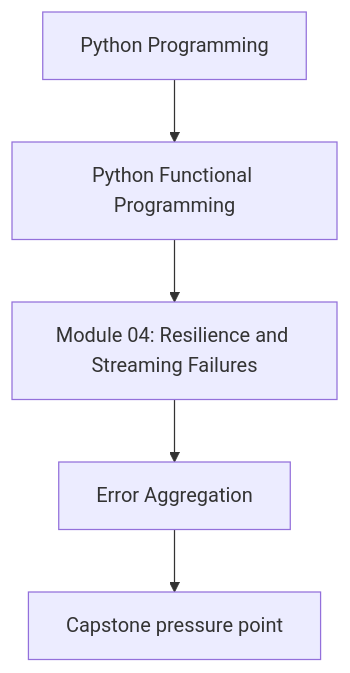
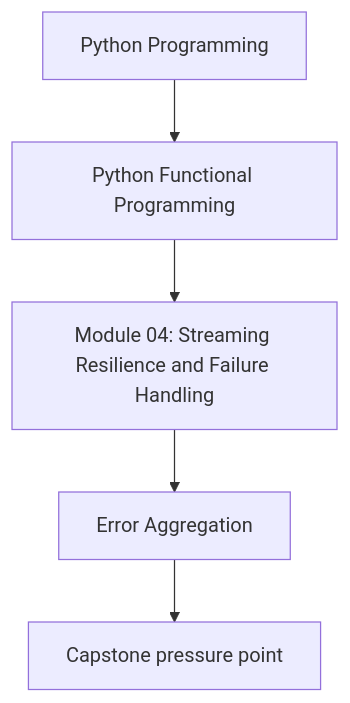
Before and after one commit to bijux/bijux-masterclass: the first of 2 diagrams in programs/python-programming/python-functional-programming/course-book/module-04-resilience-and-streaming-failures/error-aggregation.md, drawn with Mermaid. The commit also changed 241 other files, not shown here.

````diff
--- a/programs/python-programming/python-functional-programming/course-book/module-04-resilience-and-streaming-failures/error-aggregation.md
+++ b/programs/python-programming/python-functional-programming/course-book/module-04-resilience-and-streaming-failures/error-aggregation.md
@@ -7,7 +7,7 @@
 ```mermaid
 flowchart TD
   family["Python Programming"] --> program["Python Functional Programming"]
-  program --> module["Module 04: Resilience and Streaming Failures"]
+  program --> module["Module 04: Streaming Resilience and Failure Handling"]
   module --> concept["Error Aggregation"]
   concept --> capstone["Capstone pressure point"]
 ```
````
